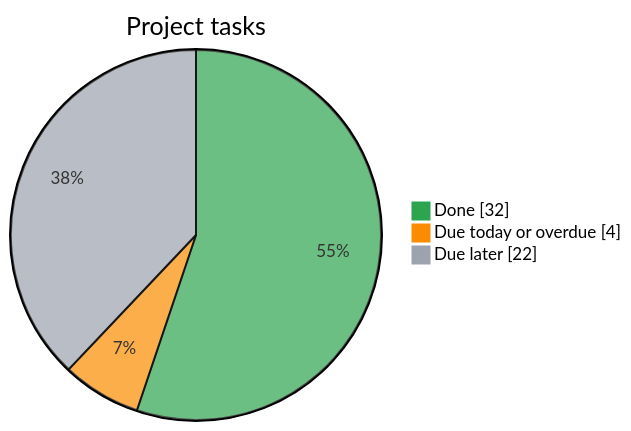
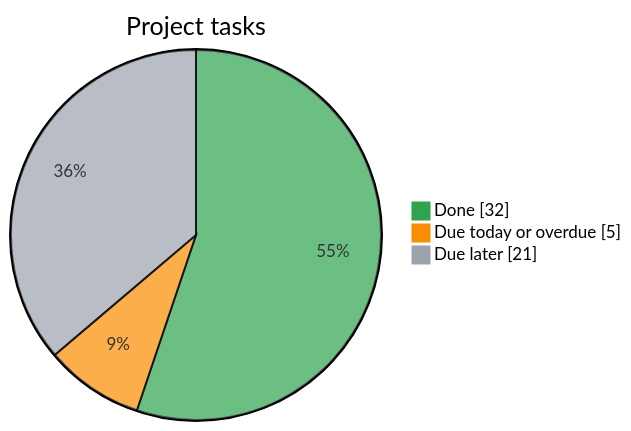
The diagram in README.md (Kr1sKros/IKT466-Corporate-Bankruptcy-Predictor), drawn with Mermaid before and after one commit. The commit also changed other lines of this file, not shown here.

Commit message:
docs: refresh task dashboard

````diff
--- a/README.md
+++ b/README.md
@@ -8,8 +8,8 @@
 ```mermaid
 %%{init: {"themeVariables": {"pie1": "#2da44e", "pie2": "#fb8c00", "pie3": "#9ca3af"}}}%%
 pie showData
     title Project tasks
     "Done" : 32
-    "Due today or overdue" : 4
-    "Due later" : 22
+    "Due today or overdue" : 5
+    "Due later" : 21
 ```
````
